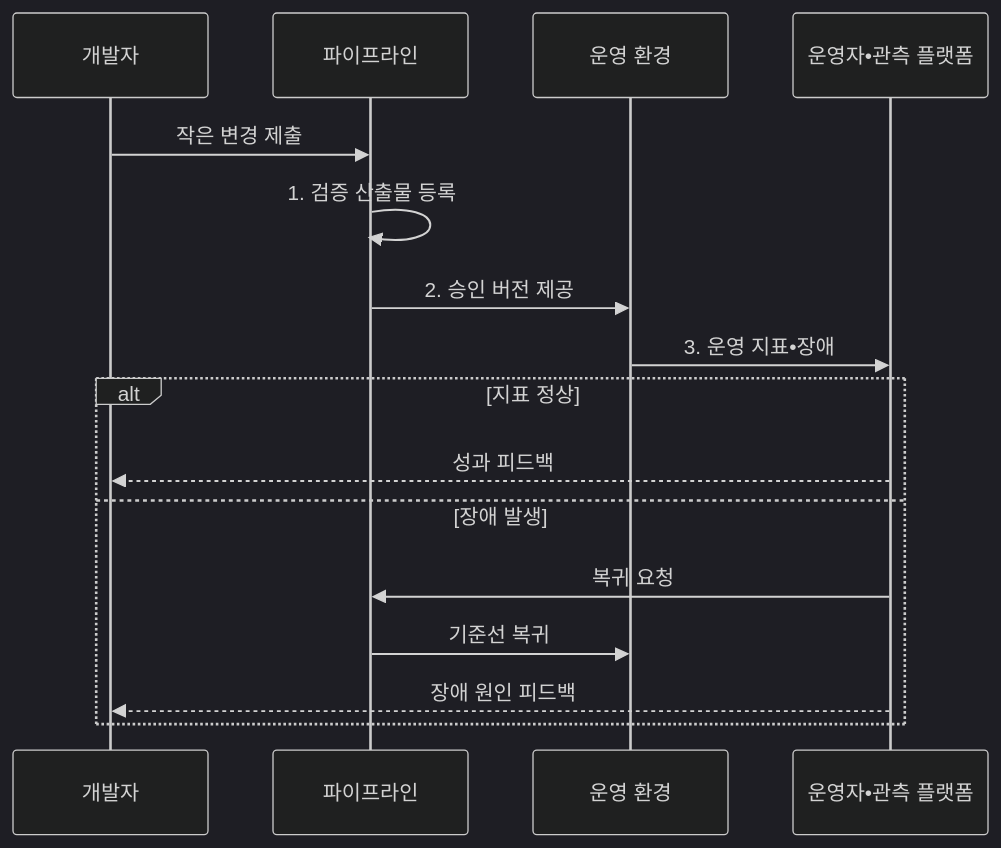
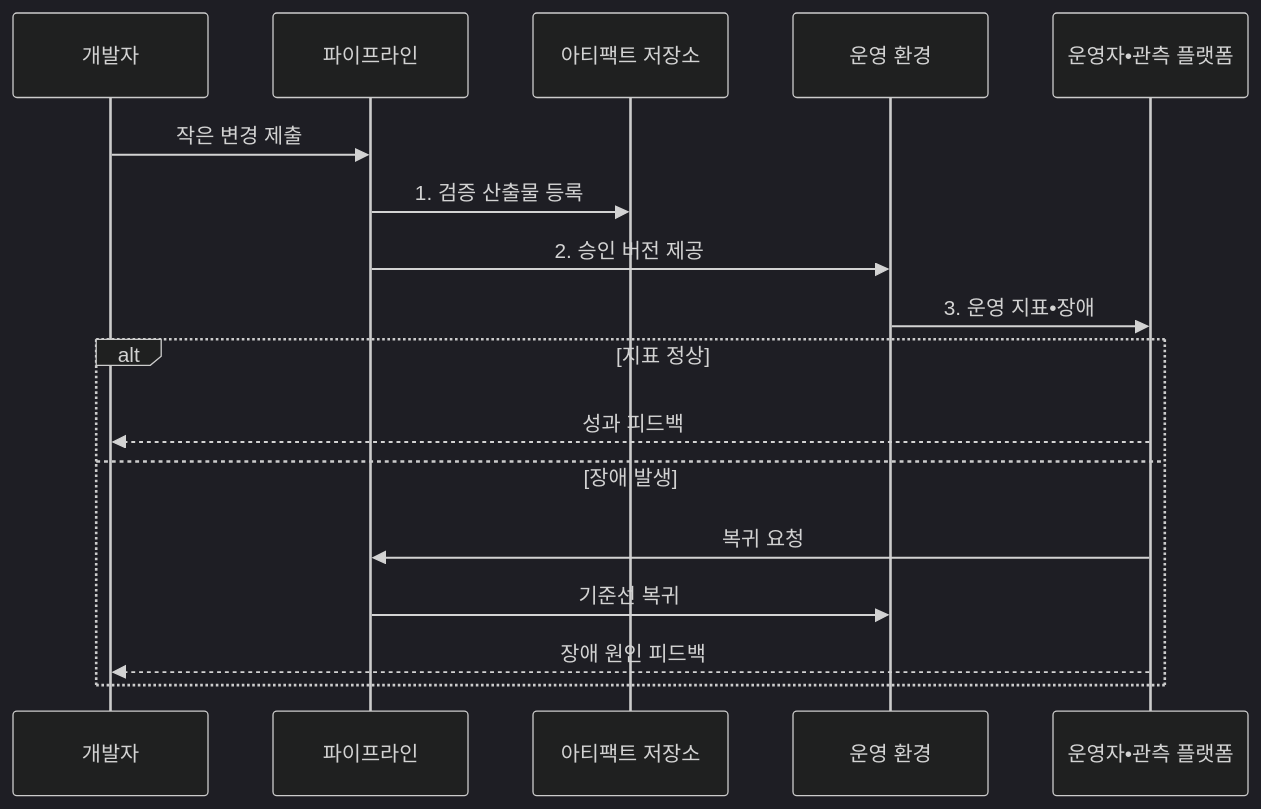
The second of 2 diagrams in src/content/docs/notes/03-software/056_devops_pipeline.md (agnusdei1207/knowledge-base), drawn with Mermaid (dark theme) before and after one commit. The commit also changed other lines of this file and 10 other files, not shown here.

````diff
--- a/src/content/docs/notes/03-software/056_devops_pipeline.md
+++ b/src/content/docs/notes/03-software/056_devops_pipeline.md
@@ -104,18 +104,19 @@
 ```mermaid
 sequenceDiagram
     participant D as 개발자
     participant P as 파이프라인
+    participant A as 아티팩트 저장소
     participant E as 운영 환경
     participant O as 운영자•관측 플랫폼
     D->>P: 작은 변경 제출
-    P->>P: 1. 검증 산출물 등록
+    P->>A: 1. 검증 산출물 등록
     P->>E: 2. 승인 버전 제공
     E->>O: 3. 운영 지표•장애
     alt 지표 정상
         O-->>D: 성과 피드백
     else 장애 발생
         O->>P: 복귀 요청
         P->>E: 기준선 복귀
         O-->>D: 장애 원인 피드백
     end
 ```
````
